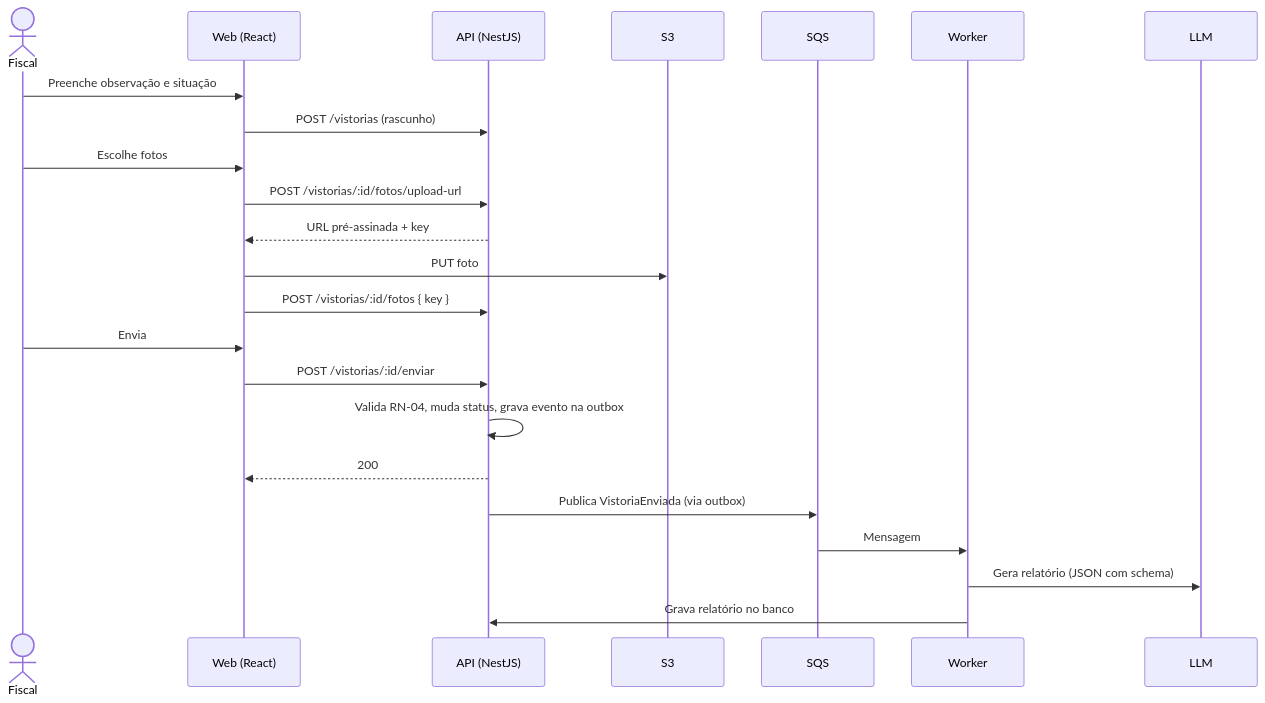
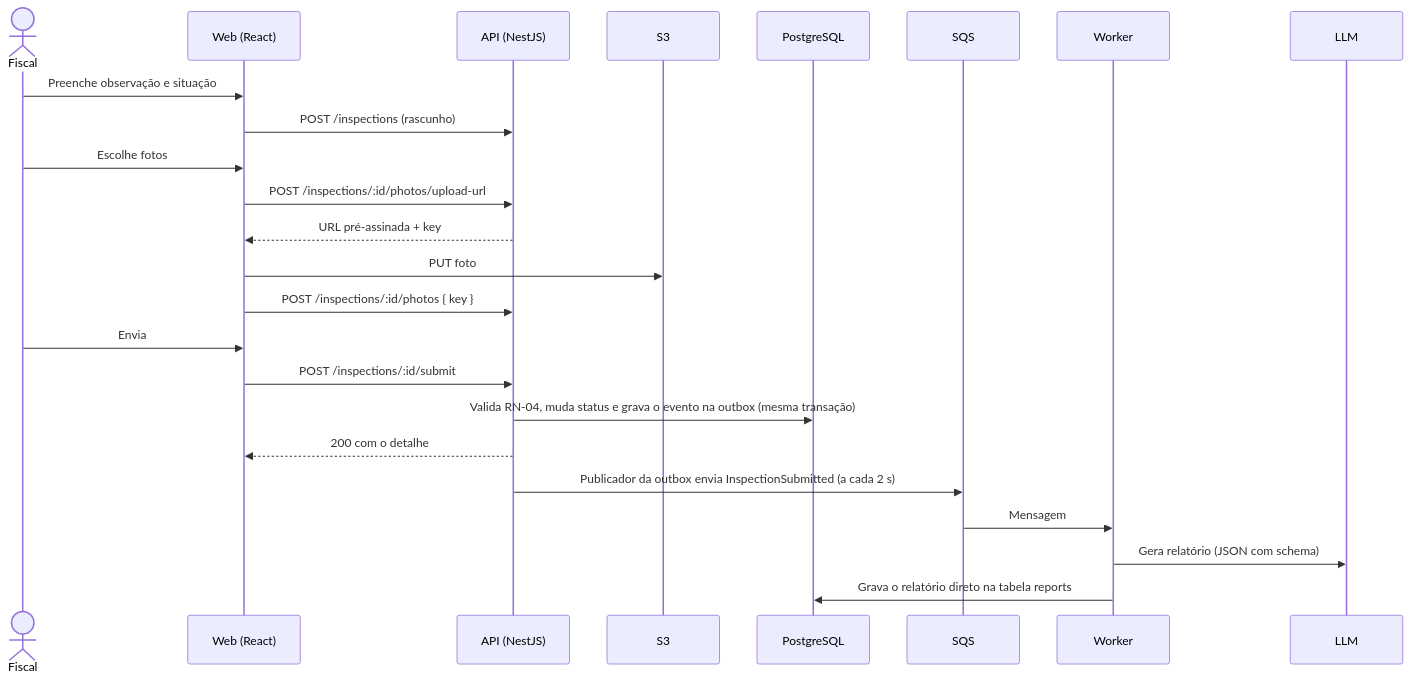
The first of 3 diagrams in PROJETO.md (wandskk/fiscaliza), drawn with Mermaid before and after one commit. The commit also changed other lines of this file, not shown here.

````diff
--- a/PROJETO.md
+++ b/PROJETO.md
@@ -118,26 +120,27 @@
 ```mermaid
 sequenceDiagram
   actor F as Fiscal
   participant W as Web (React)
   participant A as API (NestJS)
   participant S3
+  participant DB as PostgreSQL
   participant Q as SQS
   participant K as Worker
   participant L as LLM
 
   F->>W: Preenche observação e situação
-  W->>A: POST /vistorias (rascunho)
+  W->>A: POST /inspections (rascunho)
   F->>W: Escolhe fotos
-  W->>A: POST /vistorias/:id/fotos/upload-url
+  W->>A: POST /inspections/:id/photos/upload-url
   A-->>W: URL pré-assinada + key
   W->>S3: PUT foto
-  W->>A: POST /vistorias/:id/fotos { key }
+  W->>A: POST /inspections/:id/photos { key }
   F->>W: Envia
-  W->>A: POST /vistorias/:id/enviar
-  A->>A: Valida RN-04, muda status, grava evento na outbox
-  A-->>W: 200
-  A->>Q: Publica VistoriaEnviada (via outbox)
+  W->>A: POST /inspections/:id/submit
+  A->>DB: Valida RN-04, muda status e grava o evento na outbox (mesma transação)
+  A-->>W: 200 com o detalhe
+  A->>Q: Publicador da outbox envia InspectionSubmitted (a cada 2 s)
   Q->>K: Mensagem
   K->>L: Gera relatório (JSON com schema)
-  K->>A: Grava relatório no banco
+  K->>DB: Grava o relatório direto na tabela reports
 ```
````
